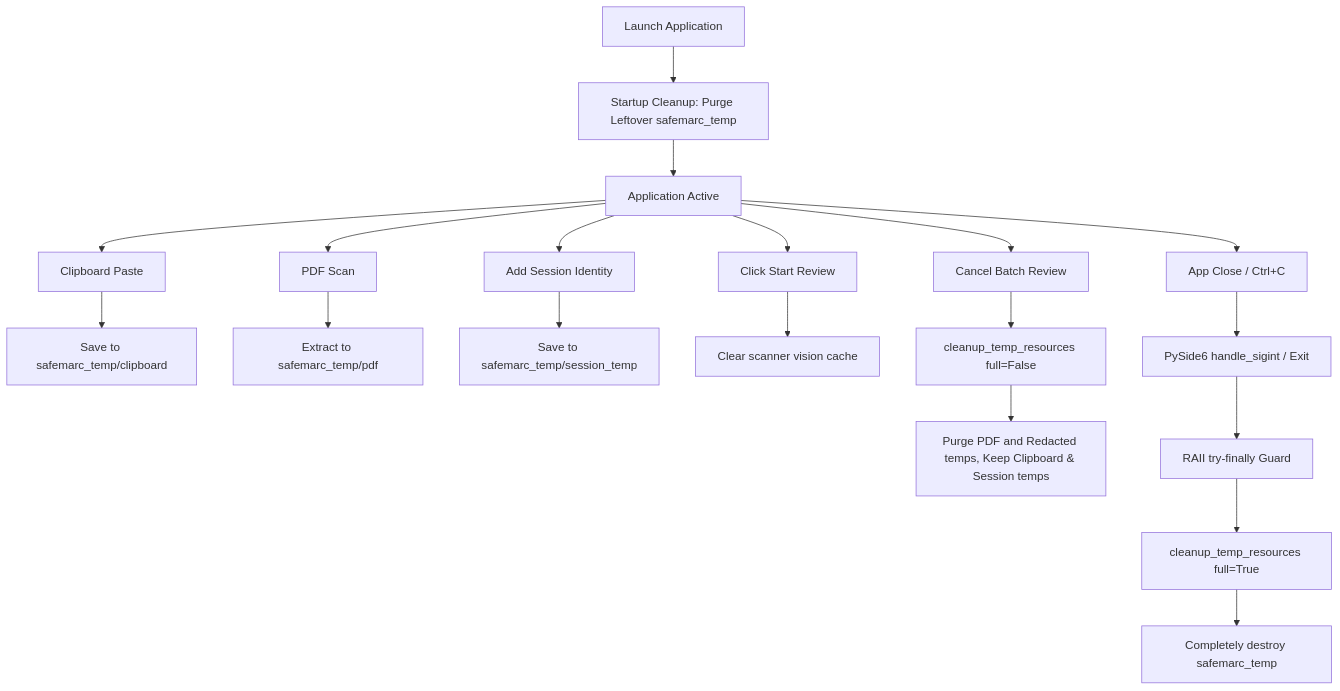
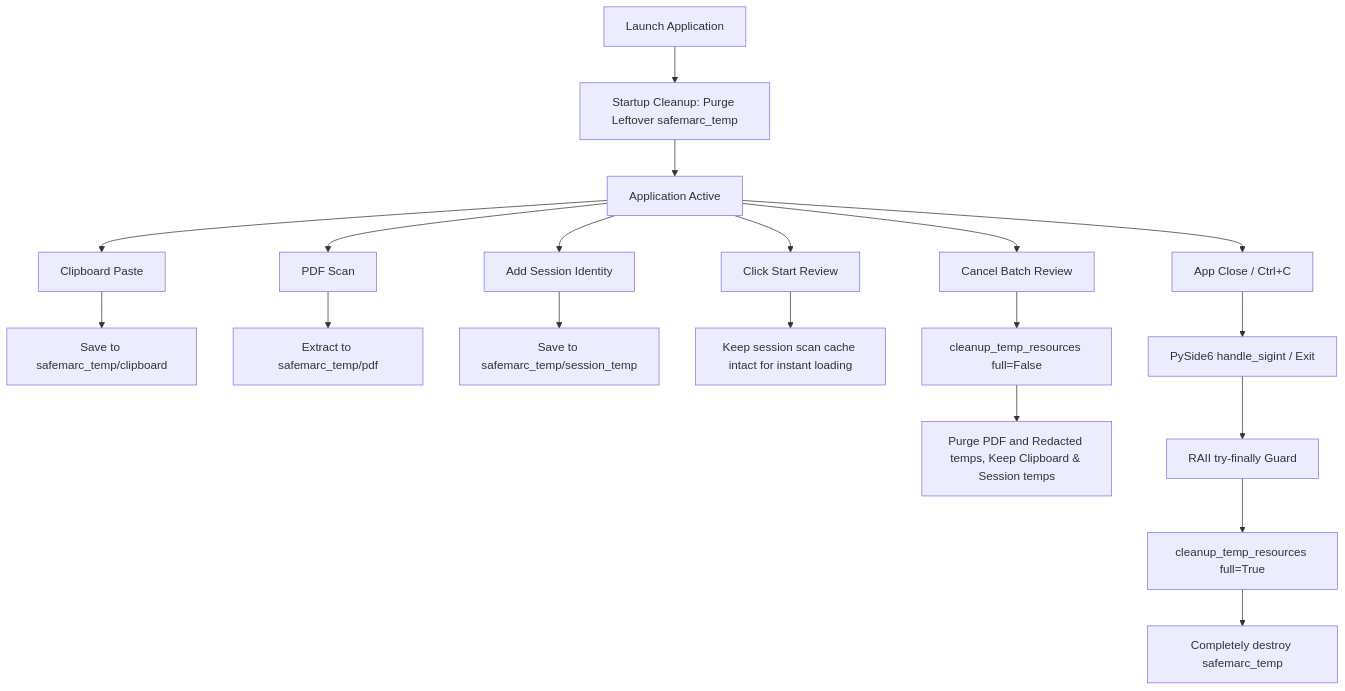
One commit to FurqanHun/SafeMARC changed the seventh of 8 diagrams in docs/architecture/workflows.md. Above: the diagram before and after it, drawn with Mermaid. The commit also changed 2 other files, not shown here.

Commit message:
feat: refactor toolbar to use compact centered icon-only zoom and rescan buttons

````diff
--- a/docs/architecture/workflows.md
+++ b/docs/architecture/workflows.md
@@ -239,22 +239,22 @@
 ```mermaid
 graph TD
     A[Launch Application] --> B[Startup Cleanup: Purge Leftover safemarc_temp]
     B --> C[Application Active]
     
     C --> D[Clipboard Paste] --> E[Save to safemarc_temp/clipboard]
     C --> F[PDF Scan] --> G[Extract to safemarc_temp/pdf]
     C --> H[Add Session Identity] --> I[Save to safemarc_temp/session_temp]
     
     C --> J[Click Start Review]
-    J --> K[Clear scanner vision cache]
+    J --> K[Keep session scan cache intact for instant loading]
     
     C --> L[Cancel Batch Review]
     L --> M[cleanup_temp_resources full=False]
     M --> N[Purge PDF and Redacted temps, Keep Clipboard & Session temps]
     
     C --> O[App Close / Ctrl+C]
     O --> P[PySide6 handle_sigint / Exit]
     P --> Q[RAII try-finally Guard]
     Q --> R[cleanup_temp_resources full=True]
     R --> S[Completely destroy safemarc_temp]
 ```
````
